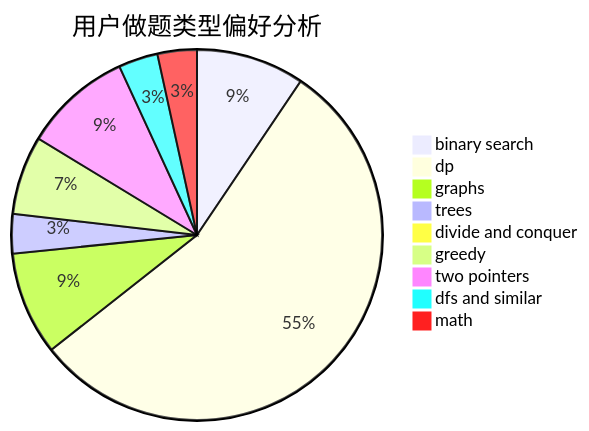
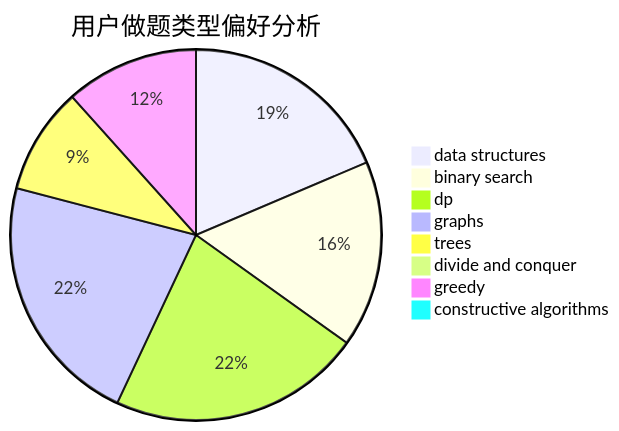
Before and after one commit to sherpahu/cfrs.github.io: the second of 3 diagrams in docs/user/u2006.md, drawn with Mermaid. The commit also changed other lines of this file and 2775 other files, not shown here.

````diff
--- a/docs/user/u2006.md
+++ b/docs/user/u2006.md
@@ -23,12 +23,11 @@
 ```mermaid
 pie title 用户做题类型偏好分析
-    "binary search" :  22
-    "dp" :  128
-    "graphs" :  21
+    "data structures" :  16
+    "binary search" :  14
+    "dp" :  19
+    "graphs" :  19
     "trees" :  8
     "divide and conquer" :  0
-    "greedy" :  16
-    "two pointers" :  22
-    "dfs and similar" :  8
-    "math" :  8
+    "greedy" :  10
+    "constructive algorithms" :  0
 ```
````
